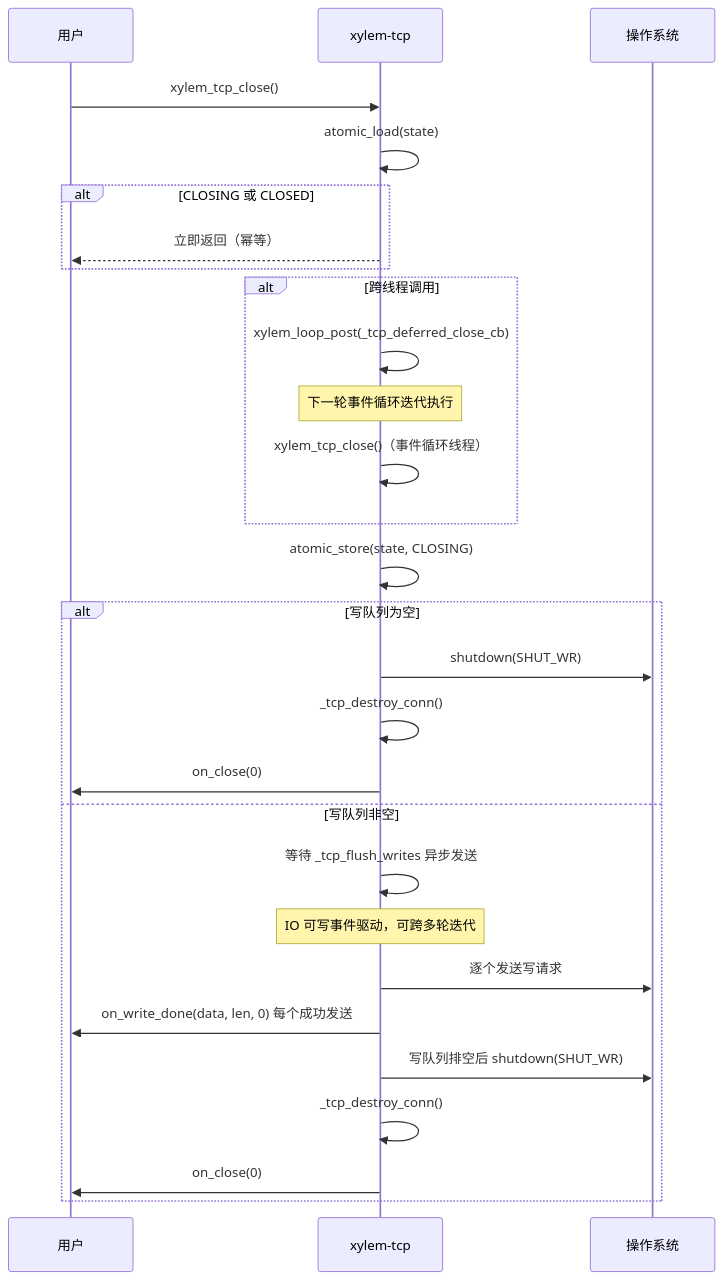
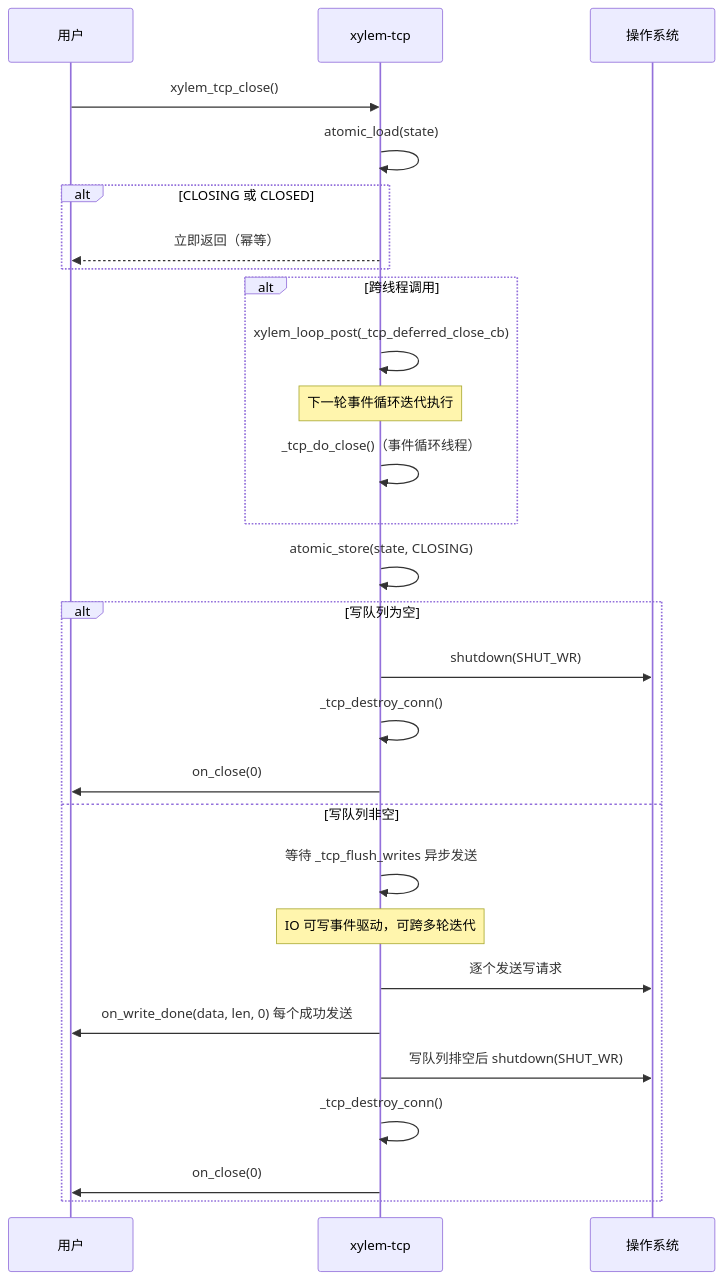
Before and after one commit to MeristemForge/Xylem: the fourth of 4 diagrams in docs/tcp-design.md, drawn with Mermaid. The commit also changed other lines of this file and 8 other files, not shown here.

````diff
--- a/docs/tcp-design.md
+++ b/docs/tcp-design.md
@@ -348,31 +348,31 @@
 ```mermaid
 sequenceDiagram
     participant User as 用户
     participant TCP as xylem-tcp
     participant OS as 操作系统
 
     User->>TCP: xylem_tcp_close()
     TCP->>TCP: atomic_load(state)
     alt CLOSING 或 CLOSED
         TCP-->>User: 立即返回（幂等）
     end
     alt 跨线程调用
         TCP->>TCP: xylem_loop_post(_tcp_deferred_close_cb)
         Note over TCP: 下一轮事件循环迭代执行
-        TCP->>TCP: xylem_tcp_close()（事件循环线程）
+        TCP->>TCP: _tcp_do_close()（事件循环线程）
     end
     TCP->>TCP: atomic_store(state, CLOSING)
     alt 写队列为空
         TCP->>OS: shutdown(SHUT_WR)
         TCP->>TCP: _tcp_destroy_conn()
         TCP->>User: on_close(0)
     else 写队列非空
         TCP->>TCP: 等待 _tcp_flush_writes 异步发送
         Note over TCP: IO 可写事件驱动，可跨多轮迭代
         TCP->>OS: 逐个发送写请求
         TCP->>User: on_write_done(data, len, 0) 每个成功发送
         TCP->>OS: 写队列排空后 shutdown(SHUT_WR)
         TCP->>TCP: _tcp_destroy_conn()
         TCP->>User: on_close(0)
     end
 ```
````
